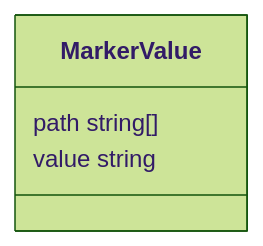
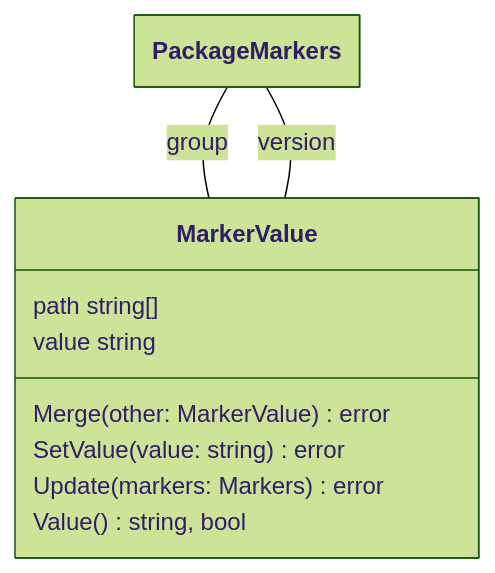
The sixth of 17 diagrams in docs/model/model.md (theunrepentantgeek/crddoc), drawn with Mermaid (forest theme) before and after one commit. The commit also changed other lines of this file, not shown here.

````diff
--- a/docs/model/model.md
+++ b/docs/model/model.md
@@ -209,19 +290,27 @@
 ```mermaid
 ---
   config:
     class:
       hideEmptyMembersBox: true
 ---
 classDiagram
 
 class MarkerValue["MarkerValue"]{  
       path string[]  
-      value string
+      value string  
+      Merge(other: MarkerValue)error  
+      SetValue(value: string)error  
+      Update(markers: Markers)error  
+      Value()string, bool
 
 
 } 
 
+PackageMarkers -- MarkerValue : group 
+PackageMarkers -- MarkerValue : version 
 
 
+class PackageMarkers["PackageMarkers"]
+class PackageMarkers["PackageMarkers"]
 
 ```
````
